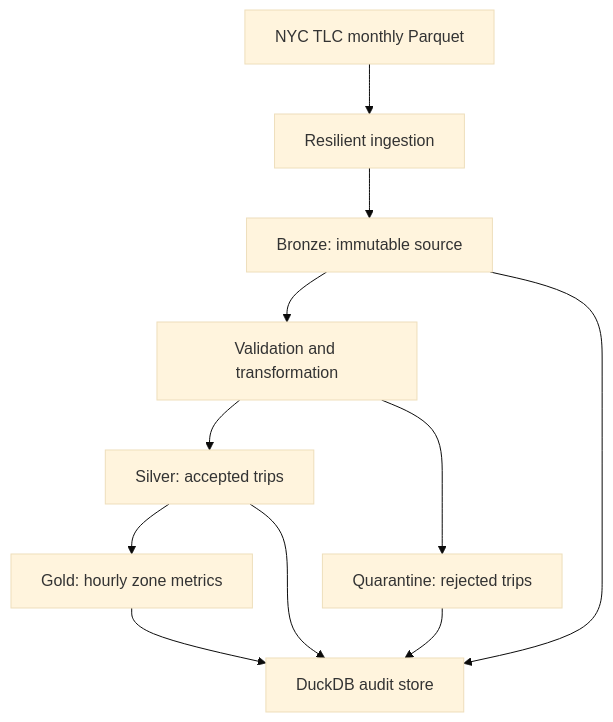
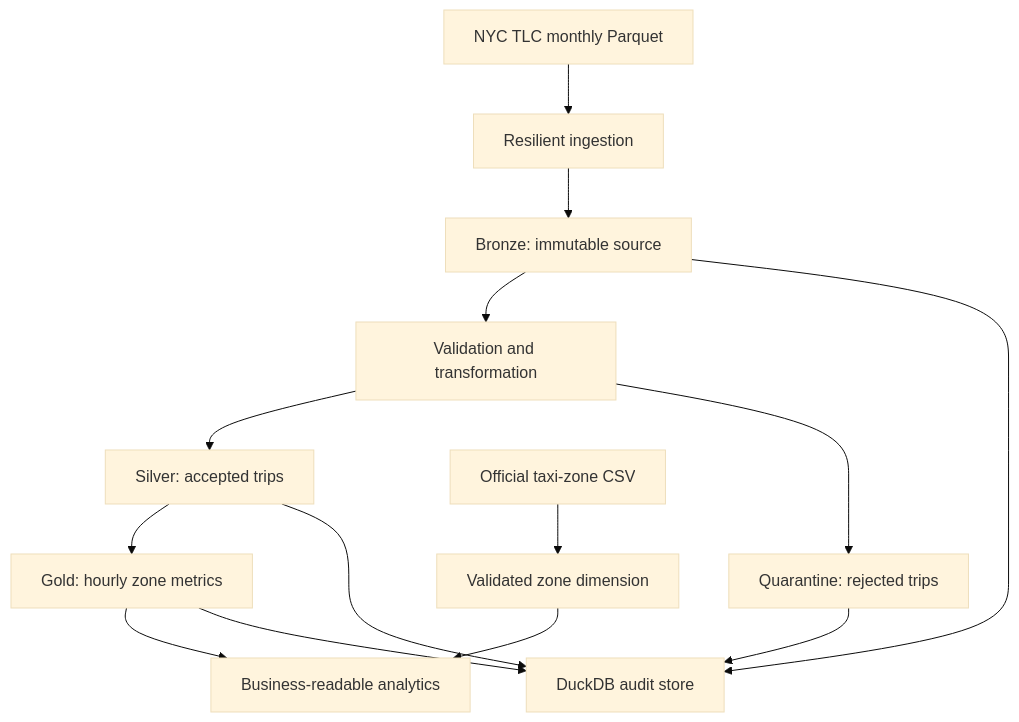
One commit to praneeth-sholapur/nyc-taxi-data-pipeline changed the diagram in README.md. Above: the diagram before and after it, drawn with Mermaid (base theme). The commit also changed other lines of this file, not shown here.

Commit message:
docs: add verified dimension and container results

````diff
--- a/README.md
+++ b/README.md
@@ -27,13 +31,18 @@
 ```mermaid
 flowchart TD
     A["NYC TLC monthly Parquet"] --> B["Resilient ingestion"]
     B --> C["Bronze: immutable source"]
     C --> D["Validation and transformation"]
     D --> E["Silver: accepted trips"]
     D --> F["Quarantine: rejected trips"]
     E --> G["Gold: hourly zone metrics"]
-    C --> H["DuckDB audit store"]
-    E --> H
-    F --> H
-    G --> H
+
+    H["Official taxi-zone CSV"] --> I["Validated zone dimension"]
+    I --> J["Business-readable analytics"]
+    G --> J
+
+    C --> K["DuckDB audit store"]
+    E --> K
+    F --> K
+    G --> K
 ```
````
